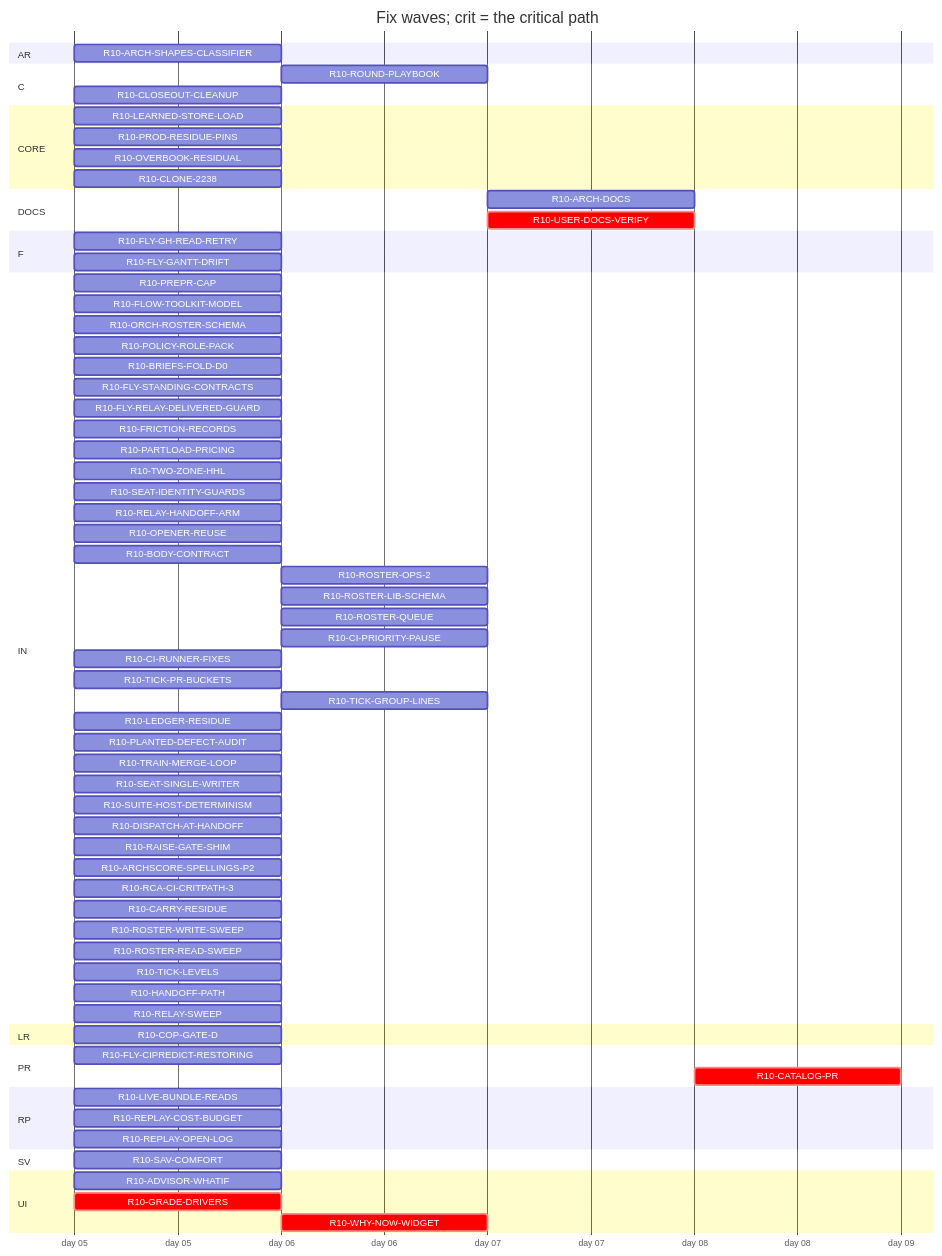
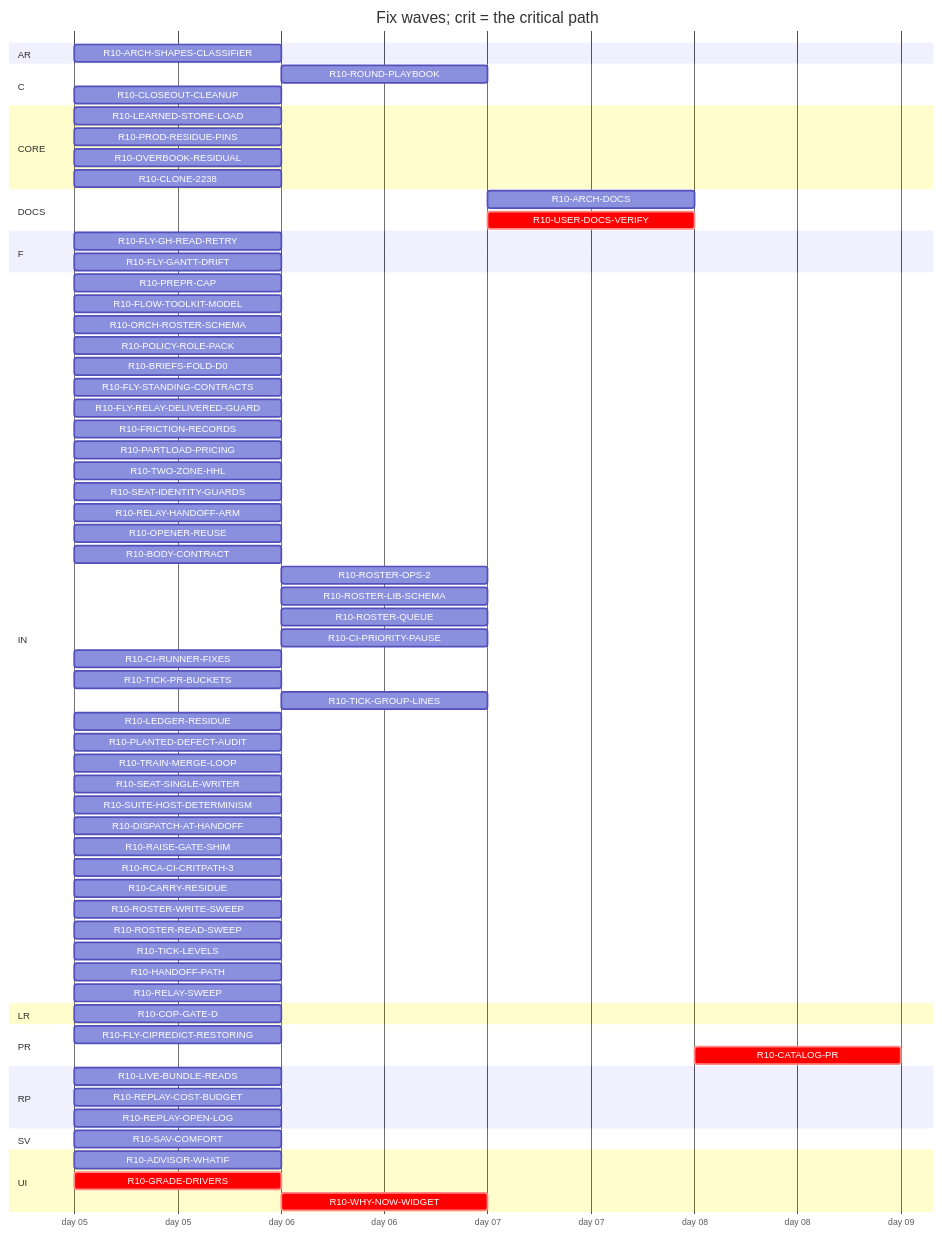
One commit to tvofi/heatpump_optimizer changed the diagram in handoff/round10/state/PLAN-TABLE.md. Above: the diagram before and after it, drawn with Mermaid. The commit also changed other lines of this file and 4 other files, not shown here.

Commit message:
state: FLOW-BOARD.md, NEXT-SESSION-PROMPT.md, PLAN-TABLE.md, PLAN.html, RESUME-CURRENT.md regenerated (state_docs.py)

````diff
--- a/handoff/round10/state/PLAN-TABLE.md
+++ b/handoff/round10/state/PLAN-TABLE.md
@@ -24,74 +24,73 @@
 ```mermaid
 gantt
   title Fix waves; crit = the critical path
   dateFormat YYYY-MM-DD
   axisFormat day %d
   section AR
     R10-ARCH-SHAPES-CLASSIFIER :r10ARCHSHAPESCLASSIFIER, 2026-01-05, 1d
   section C
-    R10-ROUND-PLAYBOOK :r10ROUNDPLAYBOOK, after r10PREPRCAP r10HANDOFFPATH r10RELAYSWEEP r10TRAINMERGELOOP r10DISPATCHATHANDOFF r10BODYCONTRACT r10TICKLEVELS r10CIPRIORITYPAUSE r10ROSTERWRITESWEEP r10ROSTERREADSWEEP r10FLYSTANDINGCONTRACTS r10POLICYROLEPACK r10FRICTIONRECORDS r10FLOWTOOLKITMODEL r10SEATIDENTITYGUARDS r10LEDGERRESIDUE r10CIRUNNERFIXES r10FLYCIPREDICTRESTORING r10RAISEGATESHIM r10PLANTEDDEFECTAUDIT r10FLYGHREADRETRY r10SUITEHOSTDETERMINISM r10ARCHSCORESPELLINGSP2, 1d
+    R10-ROUND-PLAYBOOK :r10ROUNDPLAYBOOK, after r10PREPRCAP r10HANDOFFPATH r10RELAYSWEEP r10TRAINMERGELOOP r10DISPATCHATHANDOFF r10BODYCONTRACT r10TICKLEVELS r10CIPRIORITYPAUSE r10ROSTERWRITESWEEP r10ROSTERREADSWEEP r10FLYSTANDINGCONTRACTS r10POLICYROLEPACK r10FRICTIONRECORDS r10FLOWTOOLKITMODEL r10SEATIDENTITYGUARDS r10LEDGERRESIDUE r10CIRUNNERFIXES r10FLYCIPREDICTRESTORING r10RAISEGATESHIM r10PLANTEDDEFECTAUDIT r10FLYGHREADRETRY r10SUITEHOSTDETERMINISM, 1d
     R10-CLOSEOUT-CLEANUP :r10CLOSEOUTCLEANUP, 2026-01-05, 1d
   section CORE
     R10-LEARNED-STORE-LOAD :r10LEARNEDSTORELOAD, 2026-01-05, 1d
     R10-PROD-RESIDUE-PINS :r10PRODRESIDUEPINS, 2026-01-05, 1d
     R10-OVERBOOK-RESIDUAL :r10OVERBOOKRESIDUAL, 2026-01-05, 1d
     R10-CLONE-2238 :r10CLONE2238, 2026-01-05, 1d
   section DOCS
-    R10-ARCH-DOCS :r10ARCHDOCS, after r10CARRYRESIDUE r10OVERBOOKRESIDUAL r10CLONE2238 r10SAVCOMFORT r10COPGATED r10GRADEDRIVERS r10WHYNOWWIDGET r10PARTLOADPRICING r10TWOZONEHHL r10ARCHSHAPESCLASSIFIER r10ADVISORWHATIF r10LEARNEDSTORELOAD r10PRODRESIDUEPINS r10LIVEBUNDLEREADS r10REPLAYCOSTBUDGET r10REPLAYOPENLOG r10PREPRCAP r10HANDOFFPATH r10RELAYSWEEP r10TRAINMERGELOOP r10DISPATCHATHANDOFF r10BODYCONTRACT r10TICKLEVELS r10CIPRIORITYPAUSE r10ROSTERWRITESWEEP r10ROSTERREADSWEEP r10FLYSTANDINGCONTRACTS r10POLICYROLEPACK r10FRICTIONRECORDS r10FLOWTOOLKITMODEL r10SEATIDENTITYGUARDS r10LEDGERRESIDUE r10CIRUNNERFIXES r10FLYCIPREDICTRESTORING r10RAISEGATESHIM r10PLANTEDDEFECTAUDIT r10FLYGHREADRETRY r10SUITEHOSTDETERMINISM r10ARCHSCORESPELLINGSP2, 1d
+    R10-ARCH-DOCS :r10ARCHDOCS, after r10CARRYRESIDUE r10OVERBOOKRESIDUAL r10CLONE2238 r10SAVCOMFORT r10COPGATED r10GRADEDRIVERS r10WHYNOWWIDGET r10PARTLOADPRICING r10TWOZONEHHL r10ARCHSHAPESCLASSIFIER r10ADVISORWHATIF r10LEARNEDSTORELOAD r10PRODRESIDUEPINS r10LIVEBUNDLEREADS r10REPLAYCOSTBUDGET r10REPLAYOPENLOG r10PREPRCAP r10HANDOFFPATH r10RELAYSWEEP r10TRAINMERGELOOP r10DISPATCHATHANDOFF r10BODYCONTRACT r10TICKLEVELS r10CIPRIORITYPAUSE r10ROSTERWRITESWEEP r10ROSTERREADSWEEP r10FLYSTANDINGCONTRACTS r10POLICYROLEPACK r10FRICTIONRECORDS r10FLOWTOOLKITMODEL r10SEATIDENTITYGUARDS r10LEDGERRESIDUE r10CIRUNNERFIXES r10FLYCIPREDICTRESTORING r10RAISEGATESHIM r10PLANTEDDEFECTAUDIT r10FLYGHREADRETRY r10SUITEHOSTDETERMINISM, 1d
     R10-USER-DOCS-VERIFY :crit, r10USERDOCSVERIFY, after r10CARRYRESIDUE r10OVERBOOKRESIDUAL r10CLONE2238 r10SAVCOMFORT r10COPGATED r10GRADEDRIVERS r10WHYNOWWIDGET r10PARTLOADPRICING r10TWOZONEHHL r10ARCHSHAPESCLASSIFIER r10ADVISORWHATIF r10LEARNEDSTORELOAD r10PRODRESIDUEPINS r10LIVEBUNDLEREADS r10REPLAYCOSTBUDGET r10REPLAYOPENLOG, 1d
   section F
     R10-FLY-GH-READ-RETRY :r10FLYGHREADRETRY, 2026-01-05, 1d
     R10-FLY-GANTT-DRIFT :r10FLYGANTTDRIFT, 2026-01-05, 1d
   section IN
     R10-PREPR-CAP :r10PREPRCAP, 2026-01-05, 1d
     R10-FLOW-TOOLKIT-MODEL :r10FLOWTOOLKITMODEL, 2026-01-05, 1d
     R10-ORCH-ROSTER-SCHEMA :r10ORCHROSTERSCHEMA, 2026-01-05, 1d
     R10-POLICY-ROLE-PACK :r10POLICYROLEPACK, 2026-01-05, 1d
     R10-BRIEFS-FOLD-D0 :r10BRIEFSFOLDD0, 2026-01-05, 1d
     R10-FLY-STANDING-CONTRACTS :r10FLYSTANDINGCONTRACTS, 2026-01-05, 1d
     R10-FLY-RELAY-DELIVERED-GUARD :r10FLYRELAYDELIVEREDGUARD, 2026-01-05, 1d
     R10-FRICTION-RECORDS :r10FRICTIONRECORDS, 2026-01-05, 1d
     R10-PARTLOAD-PRICING :r10PARTLOADPRICING, 2026-01-05, 1d
     R10-TWO-ZONE-HHL :r10TWOZONEHHL, 2026-01-05, 1d
     R10-SEAT-IDENTITY-GUARDS :r10SEATIDENTITYGUARDS, 2026-01-05, 1d
     R10-RELAY-HANDOFF-ARM :r10RELAYHANDOFFARM, 2026-01-05, 1d
     R10-OPENER-REUSE :r10OPENERREUSE, 2026-01-05, 1d
     R10-BODY-CONTRACT :r10BODYCONTRACT, 2026-01-05, 1d
     R10-ROSTER-OPS-2 :r10ROSTEROPS2, after r10ORCHROSTERSCHEMA, 1d
     R10-ROSTER-LIB-SCHEMA :r10ROSTERLIBSCHEMA, after r10ORCHROSTERSCHEMA, 1d
     R10-ROSTER-QUEUE :r10ROSTERQUEUE, after r10ORCHROSTERSCHEMA, 1d
     R10-CI-PRIORITY-PAUSE :r10CIPRIORITYPAUSE, after r10TICKLEVELS, 1d
     R10-CI-RUNNER-FIXES :r10CIRUNNERFIXES, 2026-01-05, 1d
     R10-TICK-PR-BUCKETS :r10TICKPRBUCKETS, 2026-01-05, 1d
     R10-TICK-GROUP-LINES :r10TICKGROUPLINES, after r10ORCHROSTERSCHEMA, 1d
     R10-LEDGER-RESIDUE :r10LEDGERRESIDUE, 2026-01-05, 1d
     R10-PLANTED-DEFECT-AUDIT :r10PLANTEDDEFECTAUDIT, 2026-01-05, 1d
     R10-TRAIN-MERGE-LOOP :r10TRAINMERGELOOP, 2026-01-05, 1d
     R10-SEAT-SINGLE-WRITER :r10SEATSINGLEWRITER, 2026-01-05, 1d
     R10-SUITE-HOST-DETERMINISM :r10SUITEHOSTDETERMINISM, 2026-01-05, 1d
     R10-DISPATCH-AT-HANDOFF :r10DISPATCHATHANDOFF, 2026-01-05, 1d
     R10-RAISE-GATE-SHIM :r10RAISEGATESHIM, 2026-01-05, 1d
-    R10-ARCHSCORE-SPELLINGS-P2 :r10ARCHSCORESPELLINGSP2, 2026-01-05, 1d
     R10-RCA-CI-CRITPATH-3 :r10RCACICRITPATH3, 2026-01-05, 1d
     R10-CARRY-RESIDUE :r10CARRYRESIDUE, 2026-01-05, 1d
     R10-ROSTER-WRITE-SWEEP :r10ROSTERWRITESWEEP, 2026-01-05, 1d
     R10-ROSTER-READ-SWEEP :r10ROSTERREADSWEEP, 2026-01-05, 1d
     R10-TICK-LEVELS :r10TICKLEVELS, 2026-01-05, 1d
     R10-HANDOFF-PATH :r10HANDOFFPATH, 2026-01-05, 1d
     R10-RELAY-SWEEP :r10RELAYSWEEP, 2026-01-05, 1d
   section LR
     R10-COP-GATE-D :r10COPGATED, 2026-01-05, 1d
   section PR
     R10-FLY-CIPREDICT-RESTORING :r10FLYCIPREDICTRESTORING, 2026-01-05, 1d
     R10-CATALOG-PR :crit, r10CATALOGPR, after r10USERDOCSVERIFY r10ARCHDOCS r10ROUNDPLAYBOOK r10CLOSEOUTCLEANUP, 1d
   section RP
     R10-LIVE-BUNDLE-READS :r10LIVEBUNDLEREADS, 2026-01-05, 1d
     R10-REPLAY-COST-BUDGET :r10REPLAYCOSTBUDGET, 2026-01-05, 1d
     R10-REPLAY-OPEN-LOG :r10REPLAYOPENLOG, 2026-01-05, 1d
   section SV
     R10-SAV-COMFORT :r10SAVCOMFORT, 2026-01-05, 1d
   section UI
     R10-ADVISOR-WHATIF :r10ADVISORWHATIF, 2026-01-05, 1d
     R10-GRADE-DRIVERS :crit, r10GRADEDRIVERS, 2026-01-05, 1d
     R10-WHY-NOW-WIDGET :crit, r10WHYNOWWIDGET, after r10GRADEDRIVERS, 1d
 ```
````
